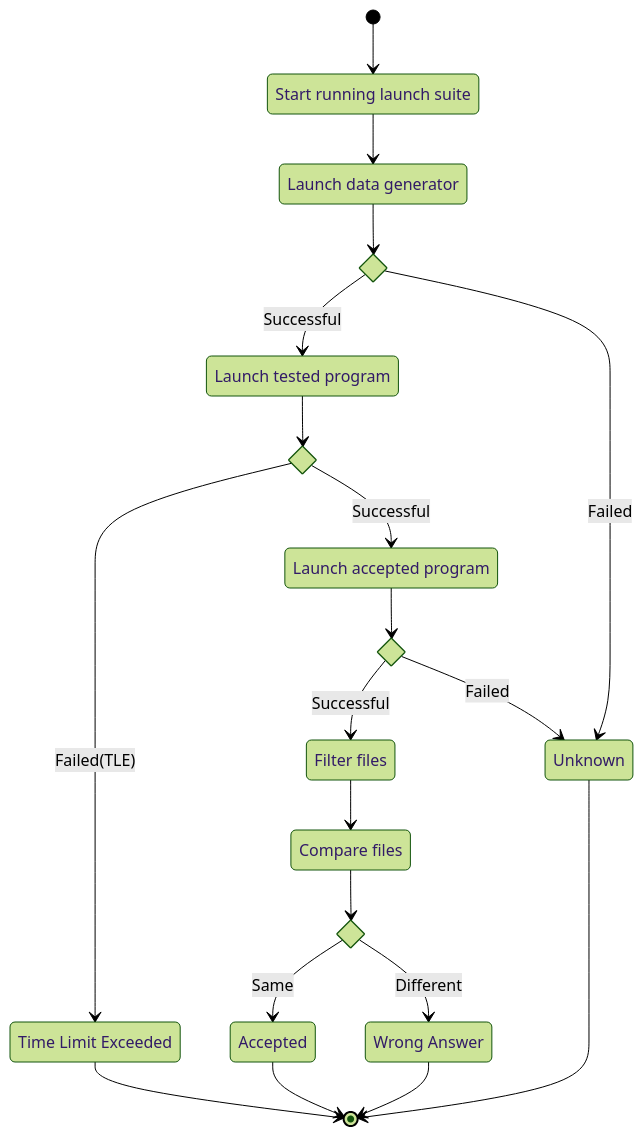
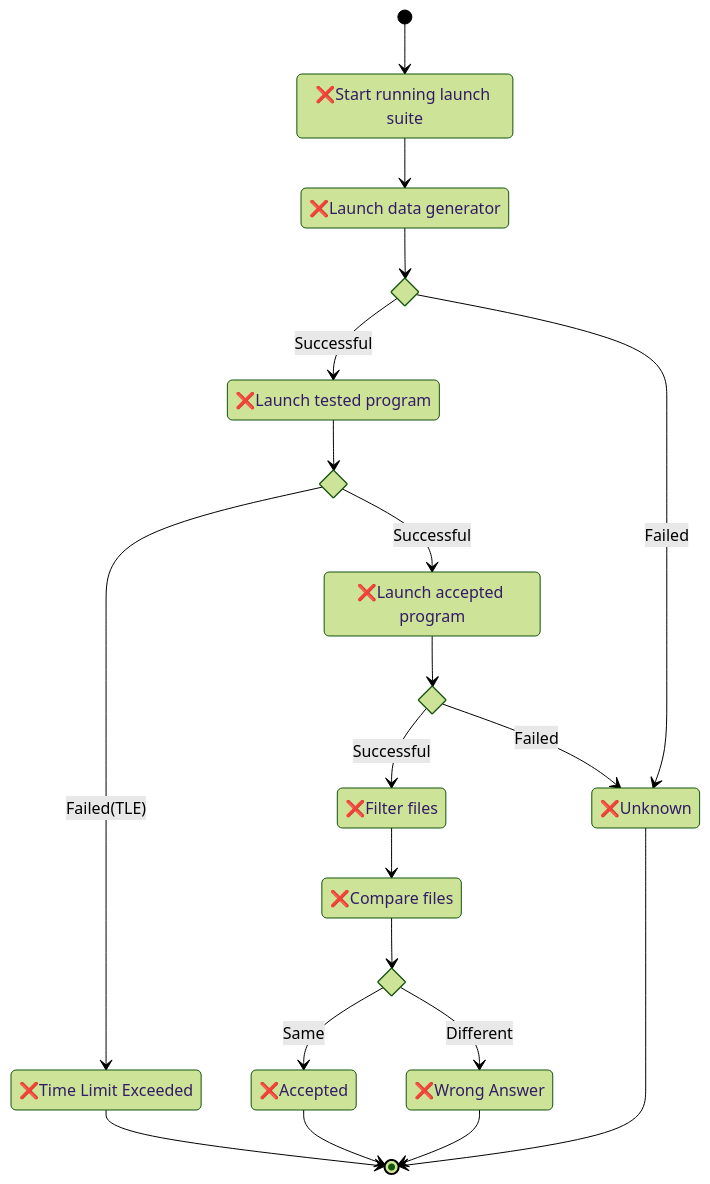
Before and after one commit to cup113/oi_checker: the diagram in state_diagrams/launch_suite.mmd, drawn with Mermaid (forest theme). The commit also changed 9 other files, not shown here.

```diff
--- a/state_diagrams/launch_suite.mmd
+++ b/state_diagrams/launch_suite.mmd
@@ -1,35 +1,35 @@
 stateDiagram-v2
-    StartRunning : Start running launch suite
-    LaunchDG : Launch data generator
+    StartRunning : ❌Start running launch suite
+    LaunchDG : ❌Launch data generator
     state c_launch_dg <<choice>>
-    LaunchTP : Launch tested program
+    LaunchTP : ❌Launch tested program
     state c_launch_tp <<choice>>
-    LaunchAC : Launch accepted program
+    LaunchAC : ❌Launch accepted program
     state c_launch_ac <<choice>>
-    FilterFiles : Filter files
-    CompareFiles : Compare files
+    FilterFiles : ❌Filter files
+    CompareFiles : ❌Compare files
     state c_compare_files <<choice>>
-    AC : Accepted
-    WA : Wrong Answer
-    TLE : Time Limit Exceeded
-    UK : Unknown
+    AC : ❌Accepted
+    WA : ❌Wrong Answer
+    TLE : ❌Time Limit Exceeded
+    UK : ❌Unknown
 
     [*] --> StartRunning
     StartRunning --> LaunchDG
     LaunchDG --> c_launch_dg
     c_launch_dg --> LaunchTP : Successful
     c_launch_dg --> UK : Failed
     LaunchTP --> c_launch_tp
     c_launch_tp --> TLE : Failed(TLE)
     c_launch_tp --> LaunchAC : Successful
     LaunchAC --> c_launch_ac
     c_launch_ac --> FilterFiles : Successful
     c_launch_ac --> UK : Failed
     FilterFiles --> CompareFiles
     CompareFiles --> c_compare_files
     c_compare_files --> AC : Same
     c_compare_files --> WA : Different
     AC --> [*]
     WA --> [*]
     TLE --> [*]
     UK --> [*]
```
